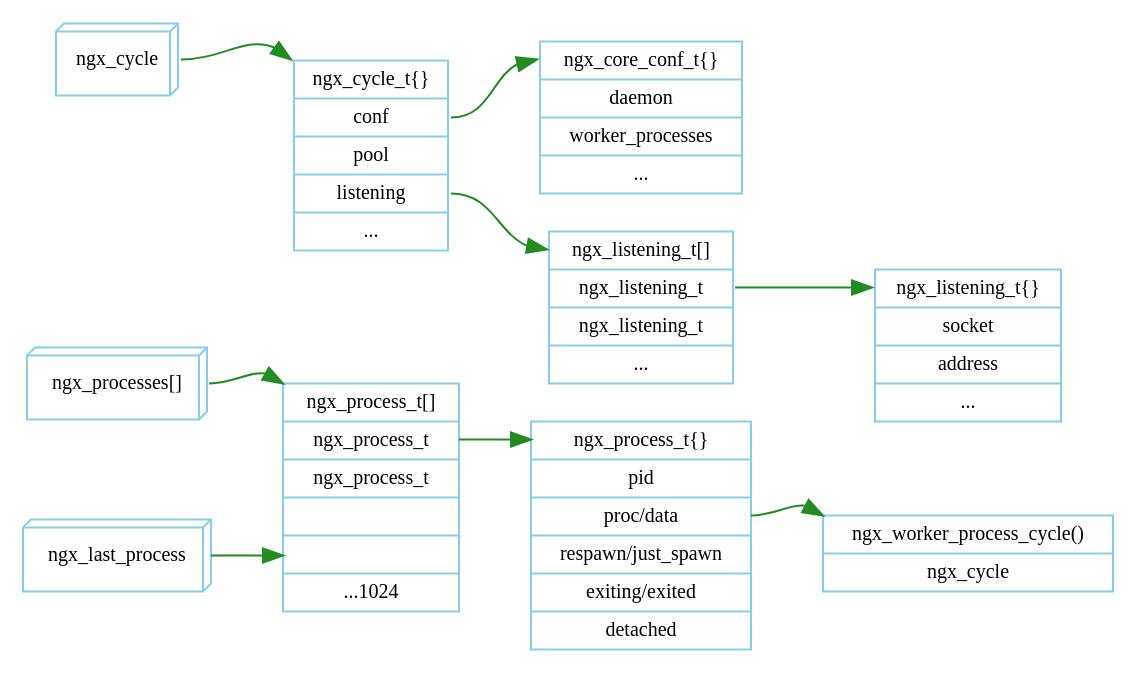
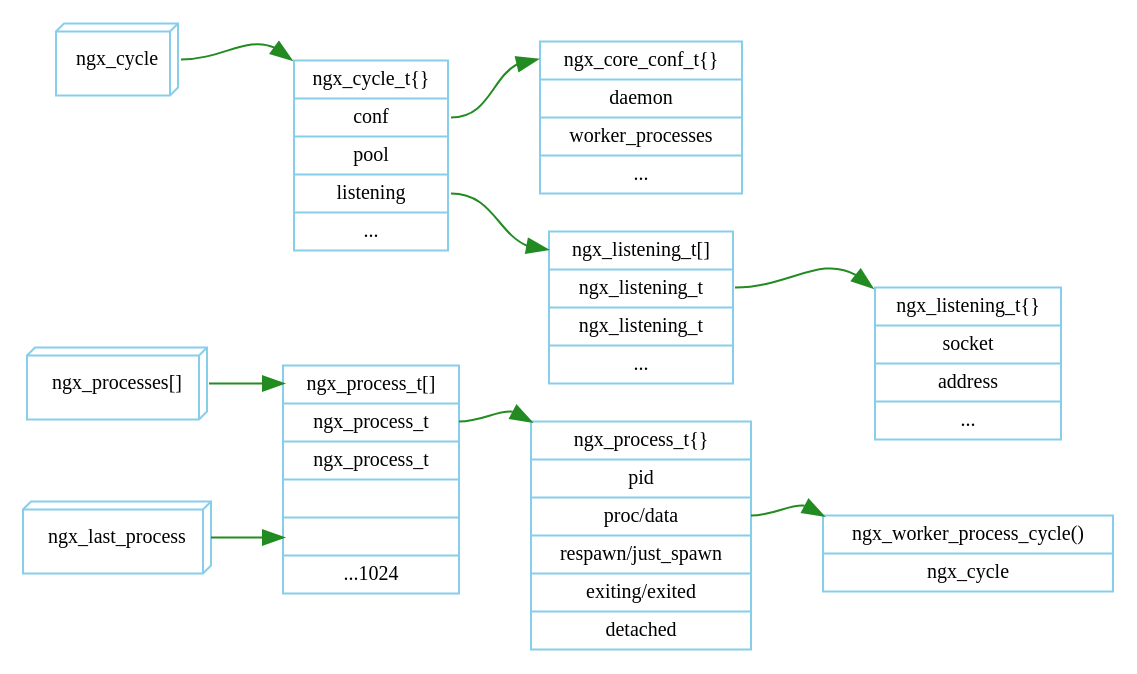
Before and after one commit to lingjf/nginx_analyse: the diagram in doc/Graph/process_model/data_structure.gv, drawn with Graphviz. The commit also changed 9 other files, not shown here.

```diff
--- a/doc/Graph/process_model/data_structure.gv
+++ b/doc/Graph/process_model/data_structure.gv
@@ -1,30 +1,31 @@
 digraph ngx_process_data_structure {
    rankdir=LR;
+   
    node [shape=record, color=skyblue, fontname="Verdana", fontsize=10];
    edge [color=forestgreen, fontname="Verdana", fontsize=10];
 
    // process
    ngx_processes [shape="box3d", label="ngx_processes\[\]"];
    ngx_last_process [shape="box3d", label="ngx_last_process"];
-   ngx_processes_array [label="ngx_process_t\[\]|<n1>ngx_process_t|<n2>ngx_process_t||<n3>|...1024"];
+   ngx_processes_array [label="<h>ngx_process_t\[\]|<n1>ngx_process_t|<n2>ngx_process_t||<n3>|...1024"];
    ngx_process_t [label="<h>ngx_process_t\{\}|<pid>pid|<proc>proc/data|respawn/just_spawn|exiting/exited|detached"];
    ngx_routine [label="<h>ngx_worker_process_cycle()|ngx_cycle"];
 
-   ngx_processes:e -> ngx_processes_array:nw;
+   ngx_processes:e -> ngx_processes_array:h;
    ngx_last_process:e -> ngx_processes_array:n3;
-   ngx_processes_array:n1 -> ngx_process_t:h;
+   ngx_processes_array:n1 -> ngx_process_t:h:nw;
    ngx_process_t:proc -> ngx_routine:h:nw;
 
    // cycle
    ngx_cycle [shape="box3d", label="ngx_cycle"];
    ngx_cycle_t [label="<h>ngx_cycle_t\{\}|<conf>conf|pool|<listening>listening|..."];
    ngx_core_conf_t [label="<h>ngx_core_conf_t\{\}|<daemon>daemon|<worker_processes>worker_processes|..."];
    ngx_listening_array [label="<h>ngx_listening_t\[\]|<n1>ngx_listening_t|<n2>ngx_listening_t|..."];
    ngx_listening_t [label="<h>ngx_listening_t\{\}|socket|address|..."];
 
    ngx_cycle:e->ngx_cycle_t:nw;
    ngx_cycle_t:conf -> ngx_core_conf_t:h;
    ngx_cycle_t:listening -> ngx_listening_array:h;
-   ngx_listening_array:n1 -> ngx_listening_t:h;
+   ngx_listening_array:n1 -> ngx_listening_t:h:nw;
 
 }
```
